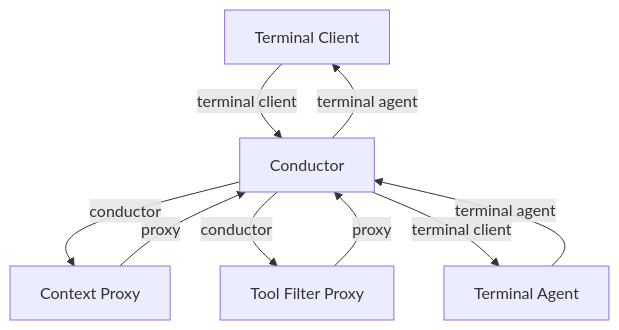
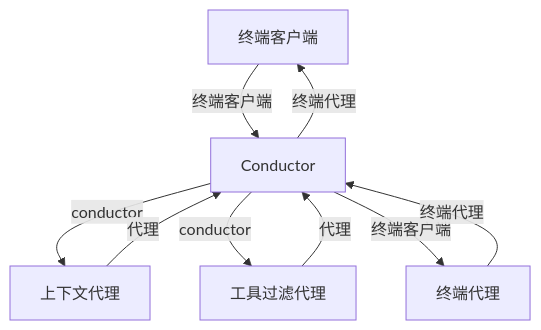
One commit to cxykevin/acp-docs-cn changed the eighth of 11 diagrams in rfds/proxy-chains.mdx. Above: the diagram before and after it, drawn with Mermaid. The commit also changed other lines of this file and 15 other files, not shown here.

````diff
--- a/rfds/proxy-chains.mdx
+++ b/rfds/proxy-chains.mdx
@@ -213,17 +213,17 @@
 ```mermaid
 flowchart TB
-    TC[Terminal Client]
+    TC[终端客户端]
     C[Conductor]
-    P1[Context Proxy]
-    P2[Tool Filter Proxy]
-    TA[Terminal Agent]
+    P1[上下文代理]
+    P2[工具过滤代理]
+    TA[终端代理]
 
-    TC -->|terminal client| C
-    C -->|terminal agent| TC
+    TC -->|终端客户端| C
+    C -->|终端代理| TC
     C -->|conductor| P1
-    P1 -->|proxy| C
+    P1 -->|代理| C
     C -->|conductor| P2
-    P2 -->|proxy| C
-    C -->|terminal client| TA
-    TA -->|terminal agent| C
+    P2 -->|代理| C
+    C -->|终端客户端| TA
+    TA -->|终端代理| C
 ```
````
